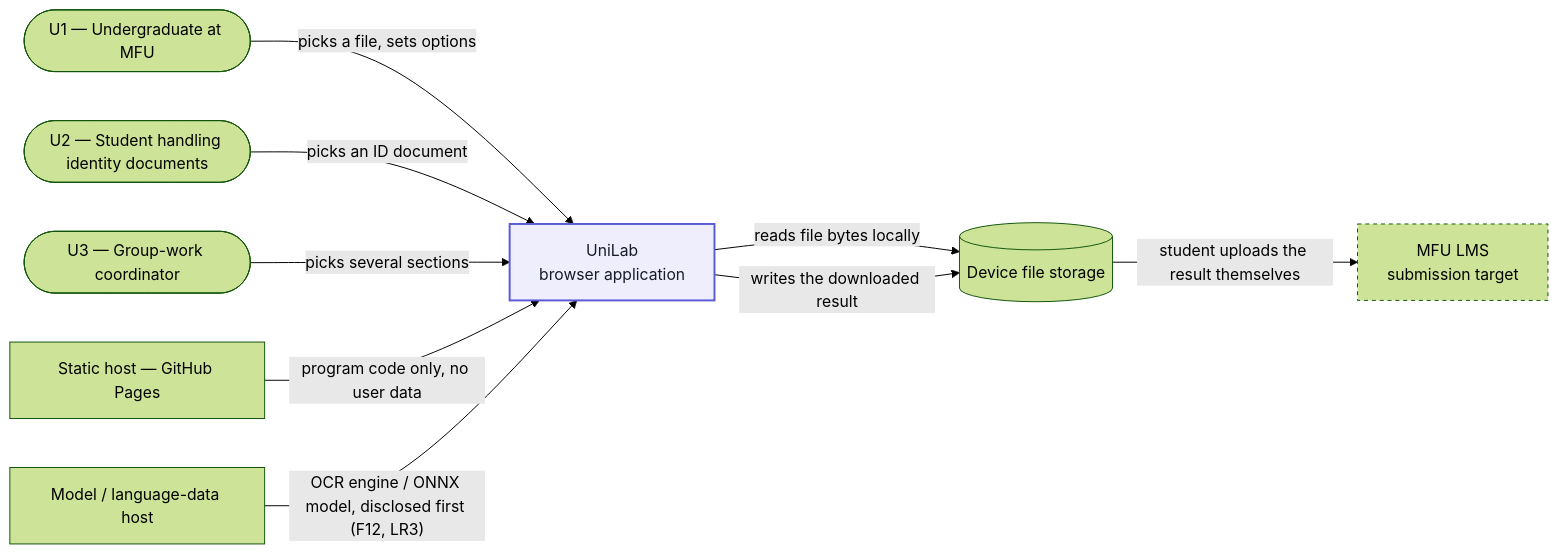
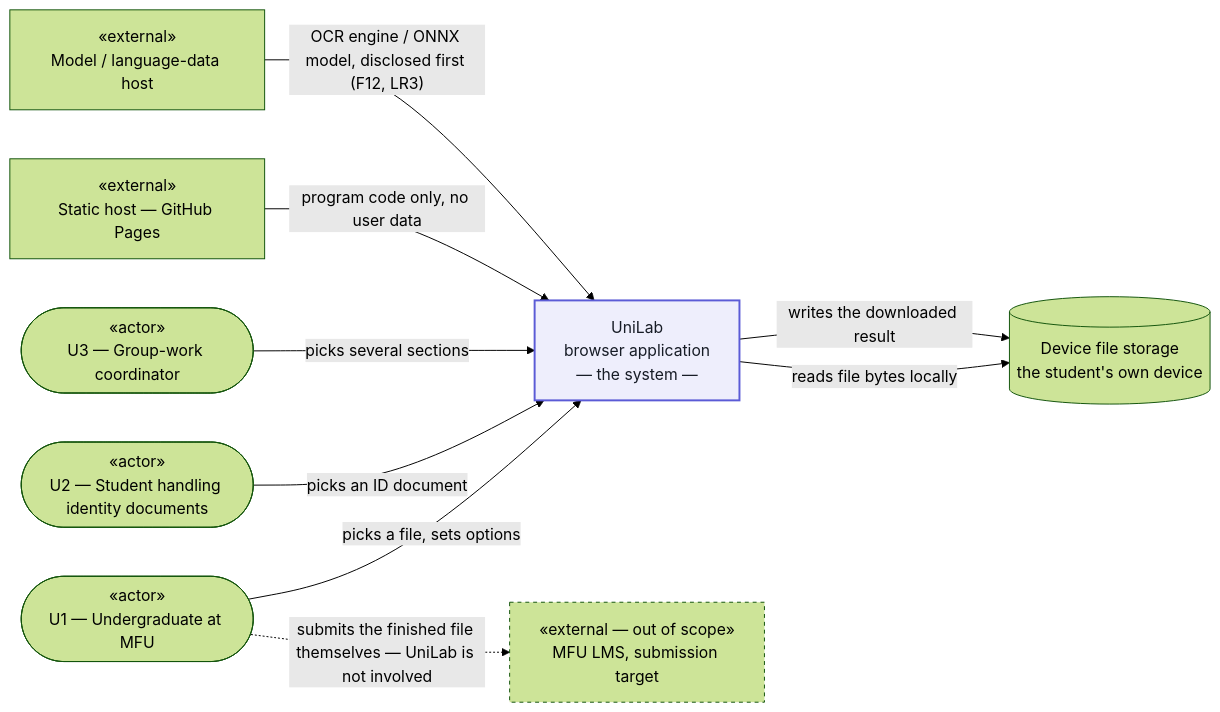
Before and after one commit to Thiha-Lynn/unilab: the first of 3 diagrams in .docs/02-design/diagrams.md, drawn with Mermaid (forest theme). The commit also changed other lines of this file and 1 other file, not shown here.

````diff
--- a/.docs/02-design/diagrams.md
+++ b/.docs/02-design/diagrams.md
@@ -21,27 +21,28 @@
 ```mermaid
 flowchart LR
-    U1(["U1 — Undergraduate at MFU"])
-    U2(["U2 — Student handling identity documents"])
-    U3(["U3 — Group-work coordinator"])
+    U1(["«actor»<br/>U1 — Undergraduate at MFU"])
+    U2(["«actor»<br/>U2 — Student handling identity documents"])
+    U3(["«actor»<br/>U3 — Group-work coordinator"])
 
-    SYS["UniLab<br/>browser application"]
+    SYS["UniLab<br/>browser application<br/>— the system —"]
 
-    DEV[("Device file storage")]
-    LMS["MFU LMS<br/>submission target"]
-    HOST["Static host — GitHub Pages"]
-    MODEL["Model / language-data host"]
+    DEV[("Device file storage<br/>the student's own device")]
+    HOST["«external»<br/>Static host — GitHub Pages"]
+    MODEL["«external»<br/>Model / language-data host"]
+    LMS["«external — out of scope»<br/>MFU LMS, submission target"]
 
     U1 -- "picks a file, sets options" --> SYS
     U2 -- "picks an ID document" --> SYS
     U3 -- "picks several sections" --> SYS
 
     SYS -- "reads file bytes locally" --> DEV
     SYS -- "writes the downloaded result" --> DEV
-    DEV -- "student uploads the result themselves" --> LMS
 
     HOST -- "program code only, no user data" --> SYS
     MODEL -- "OCR engine / ONNX model, disclosed first (F12, LR3)" --> SYS
 
+    U1 -. "submits the finished file themselves — UniLab is not involved" .-> LMS
+
     style SYS fill:#eeeefc,stroke:#5b5bd6,stroke-width:2px,color:#171c26
     style LMS stroke-dasharray: 4 4
 ```
````
